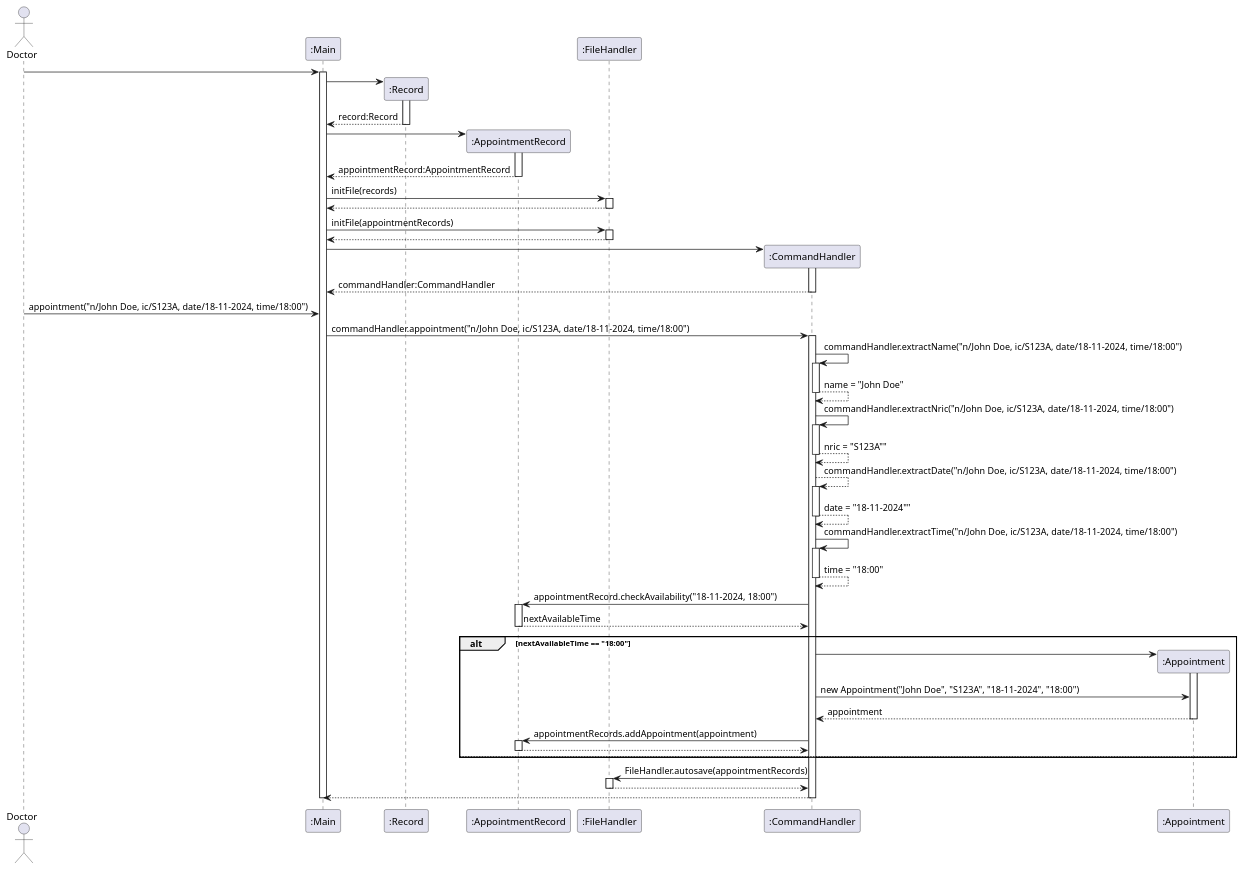
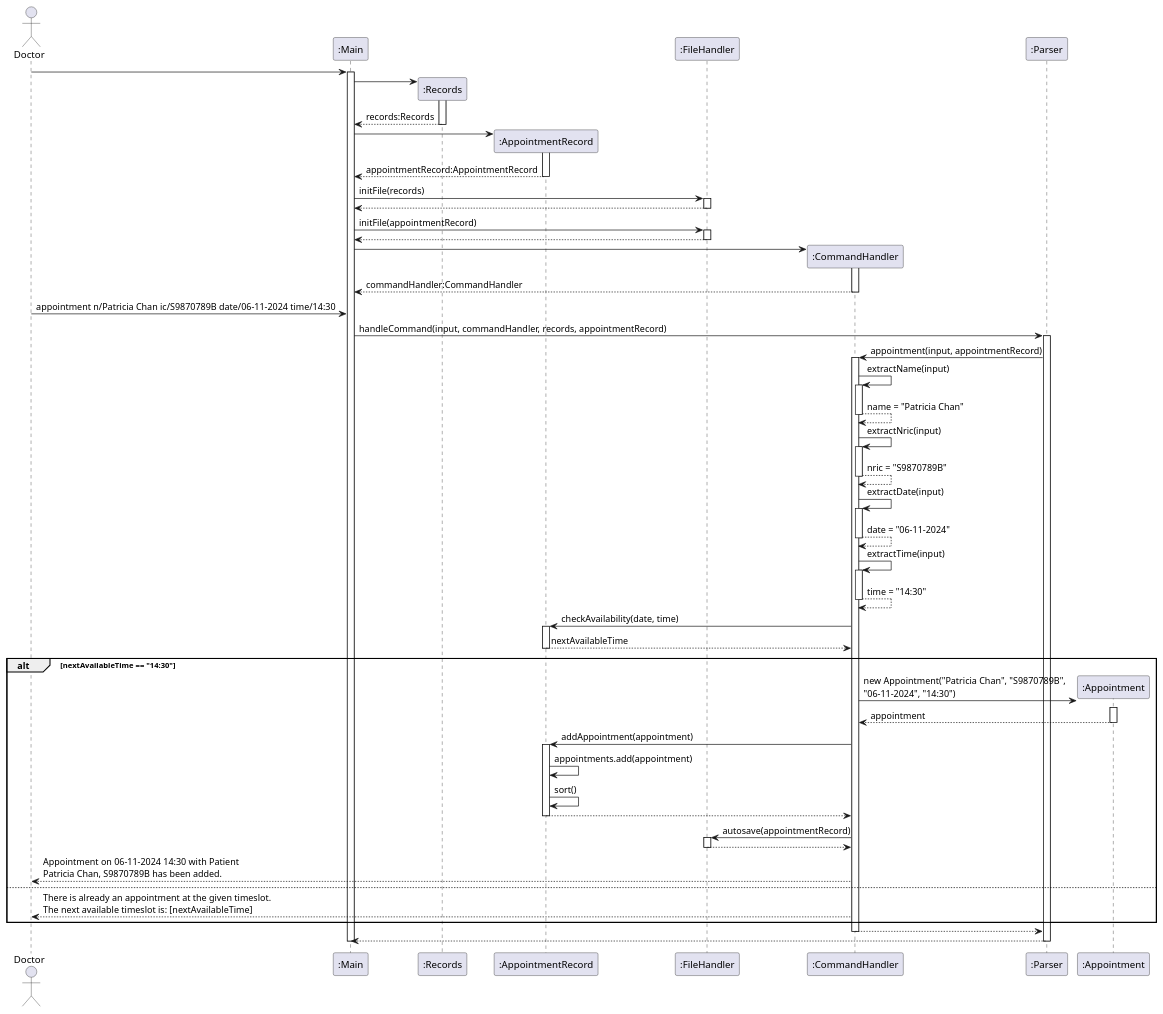
One commit to yentheng0110/tp changed the diagram in docs/NewAppointment.puml. Above: the diagram before and after it, drawn with PlantUML. The commit also changed 8 other files, not shown here.

Commit message:
Update Object Diagram for Before Appointment and After Appointment , and Sequence Diagram for "appointment" command

```diff
--- a/docs/NewAppointment.puml
+++ b/docs/NewAppointment.puml
@@ -1,45 +1,69 @@
 @startuml
 'https://plantuml.com/sequence-diagram
 
+
 actor Doctor
+
 Doctor -> ":Main" ++
-":Main" -> ":Record" **
-activate ":Record"
-":Record" --> ":Main" -- : record:Record
+":Main" -> ":Records" **
+activate ":Records"
+":Records" --> ":Main" --: records:Records
+
 ":Main" -> ":AppointmentRecord" **
 activate ":AppointmentRecord"
-":AppointmentRecord" --> ":Main" -- : appointmentRecord:AppointmentRecord
-":Main" -> ":FileHandler" ++ : initFile(records)
-":FileHandler" --> ":Main" -- :
-":Main" -> ":FileHandler" ++ : initFile(appointmentRecords)
-":FileHandler" --> ":Main" -- :
-":Main" -> ":CommandHandler" ** :
+":AppointmentRecord" --> ":Main" --: appointmentRecord:AppointmentRecord
+
+":Main" -> ":FileHandler" ++: initFile(records)
+":FileHandler" --> ":Main" --
+
+":Main" -> ":FileHandler" ++: initFile(appointmentRecord)
+":FileHandler" --> ":Main" --
+
+":Main" -> ":CommandHandler" **
 activate ":CommandHandler"
 ":CommandHandler" --> ":Main" --: commandHandler:CommandHandler
-Doctor -> ":Main" : appointment("n/John Doe, ic/S123A, date/18-11-2024, time/18:00")
-":Main" -> ":CommandHandler" ++: commandHandler.appointment("n/John Doe, ic/S123A, date/18-11-2024, time/18:00")
-":CommandHandler" -> ":CommandHandler" ++: commandHandler.extractName("n/John Doe, ic/S123A, date/18-11-2024, time/18:00")
-":CommandHandler" --> ":CommandHandler" --: name = "John Doe"
-":CommandHandler" -> ":CommandHandler" ++: commandHandler.extractNric("n/John Doe, ic/S123A, date/18-11-2024, time/18:00")
-":CommandHandler" --> ":CommandHandler" --: nric = "S123A""
-":CommandHandler" --> ":CommandHandler" ++: commandHandler.extractDate("n/John Doe, ic/S123A, date/18-11-2024, time/18:00")
-":CommandHandler" --> ":CommandHandler" --: date = "18-11-2024""
-":CommandHandler" -> ":CommandHandler" ++: commandHandler.extractTime("n/John Doe, ic/S123A, date/18-11-2024, time/18:00")
-":CommandHandler" --> ":CommandHandler" --: time = "18:00"
-":CommandHandler" -> ":AppointmentRecord" ++ : appointmentRecord.checkAvailability("18-11-2024, 18:00")
-":AppointmentRecord" --> ":CommandHandler" -- : nextAvailableTime
-group alt [nextAvailableTime == "18:00"]
-    ":CommandHandler" -> ":Appointment" **
+
+Doctor -> ":Main": appointment n/Patricia Chan ic/S9870789B date/06-11-2024 time/14:30
+
+":Main" -> ":Parser" ++: handleCommand(input, commandHandler, records, appointmentRecord)
+":Parser" -> ":CommandHandler" ++: appointment(input, appointmentRecord)
+
+":CommandHandler" -> ":CommandHandler" ++: extractName(input)
+":CommandHandler" --> ":CommandHandler" --: name = "Patricia Chan"
+
+":CommandHandler" -> ":CommandHandler" ++: extractNric(input)
+":CommandHandler" --> ":CommandHandler" --: nric = "S9870789B"
+
+":CommandHandler" -> ":CommandHandler" ++: extractDate(input)
+":CommandHandler" --> ":CommandHandler" --: date = "06-11-2024"
+
+":CommandHandler" -> ":CommandHandler" ++: extractTime(input)
+":CommandHandler" --> ":CommandHandler" --: time = "14:30"
+
+":CommandHandler" -> ":AppointmentRecord" ++: checkAvailability(date, time)
+":AppointmentRecord" --> ":CommandHandler" --: nextAvailableTime
+
+alt nextAvailableTime == "14:30"
+    create ":Appointment"
+    ":CommandHandler" -> ":Appointment" **: new Appointment("Patricia Chan", "S9870789B",\n"06-11-2024", "14:30")
     activate ":Appointment"
-    ":CommandHandler" -> ":Appointment" : new Appointment("John Doe", "S123A", "18-11-2024", "18:00")
-    ":Appointment" --> ":CommandHandler" -- : appointment
+    ":Appointment" --> ":CommandHandler" --: appointment
 
-    ":CommandHandler" -> ":AppointmentRecord" ++ : appointmentRecords.addAppointment(appointment)
-    ":AppointmentRecord" --> ":CommandHandler" --
-    else
+    ":CommandHandler" -> ":AppointmentRecord" ++: addAppointment(appointment)
+    ":AppointmentRecord" -> ":AppointmentRecord": appointments.add(appointment)
+    ":AppointmentRecord" -> ":AppointmentRecord": sort()
+    return
+
+    ":CommandHandler" -> ":FileHandler" ++: autosave(appointmentRecord)
+    return
+
+    Doctor <-- ":CommandHandler": Appointment on 06-11-2024 14:30 with Patient\nPatricia Chan, S9870789B has been added.
+else
+    Doctor <-- ":CommandHandler": There is already an appointment at the given timeslot.\nThe next available timeslot is: [nextAvailableTime]
 end
-":CommandHandler" -> ":FileHandler" ++ : FileHandler.autosave(appointmentRecords)
-":FileHandler" --> ":CommandHandler" --
-":CommandHandler" --> ":Main" --
+
+":CommandHandler" --> ":Parser" --
+":Parser" --> ":Main" --
 deactivate ":Main"
+
 @enduml
```
